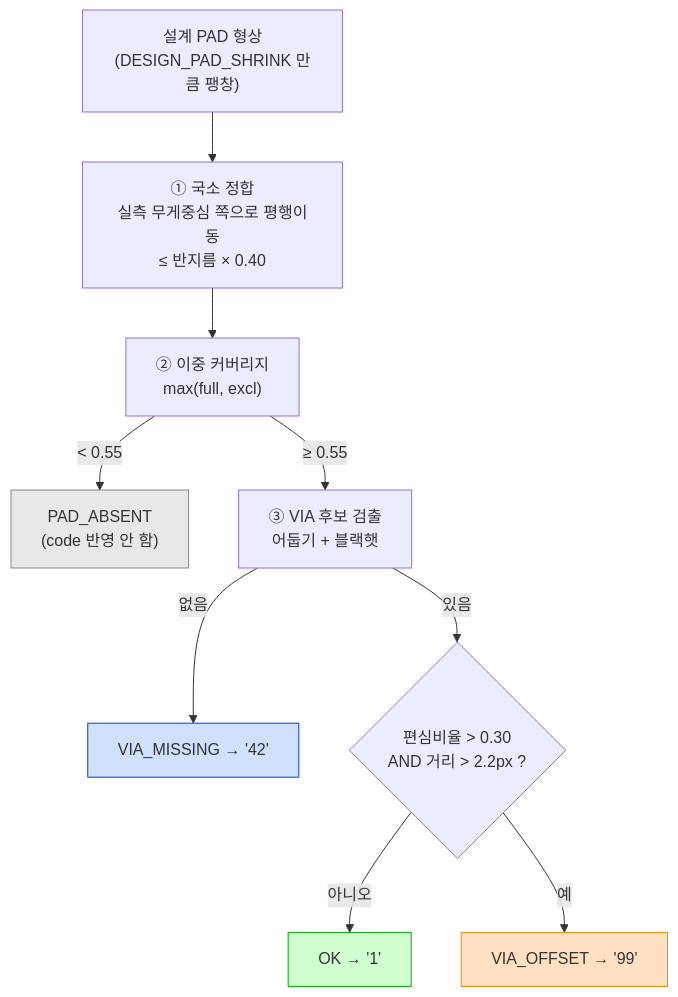
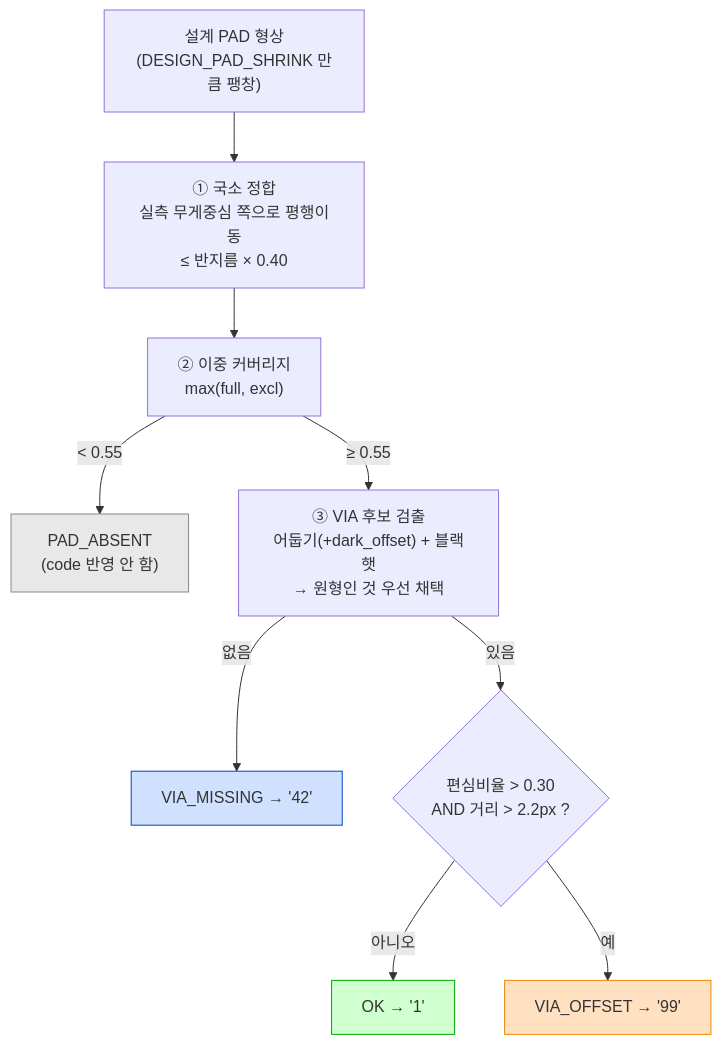
One commit to NS-DDC/pad-via-inspector changed the fifth of 5 diagrams in README.md. Above: the diagram before and after it, drawn with Mermaid. The commit also changed other lines of this file and 2 other files, not shown here.

First line of the commit message:
via_checker: PAD 표면 노이즈 오검출 대응 3종 (dark_offset · 모양 필터 · VIA 표기)

````diff
--- a/README.md
+++ b/README.md
@@ -592,16 +735,16 @@
 ```mermaid
 flowchart TD
     A["설계 PAD 형상<br/>(DESIGN_PAD_SHRINK 만큼 팽창)"] --> B["① 국소 정합<br/>실측 무게중심 쪽으로 평행이동<br/>≤ 반지름 × 0.40"]
     B --> C["② 이중 커버리지<br/>max(full, excl)"]
     C -->|"< 0.55"| ABS["PAD_ABSENT<br/>(code 반영 안 함)"]
-    C -->|"≥ 0.55"| D["③ VIA 후보 검출<br/>어둡기 + 블랙햇"]
+    C -->|"≥ 0.55"| D["③ VIA 후보 검출<br/>어둡기(+dark_offset) + 블랙햇<br/>→ 원형인 것 우선 채택"]
     D -->|없음| M["VIA_MISSING → '42'"]
     D -->|있음| E{"편심비율 > 0.30<br/>AND 거리 > 2.2px ?"}
     E -->|아니오| OK["OK → '1'"]
     E -->|예| OFF["VIA_OFFSET → '99'"]
 
     style ABS fill:#e8e8e8,stroke:#888
     style M fill:#d0e0ff,stroke:#04c
     style OFF fill:#ffe0c0,stroke:#e80
     style OK fill:#d0ffd0,stroke:#0a0
 ```
````
